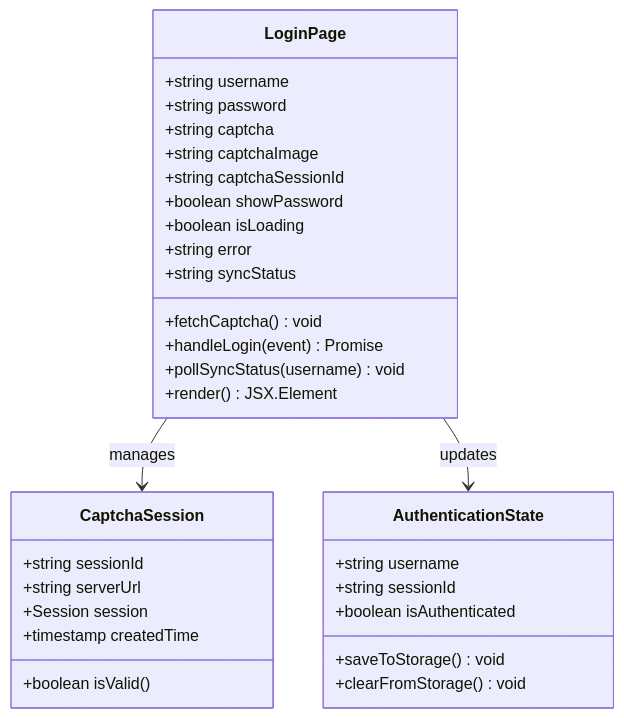
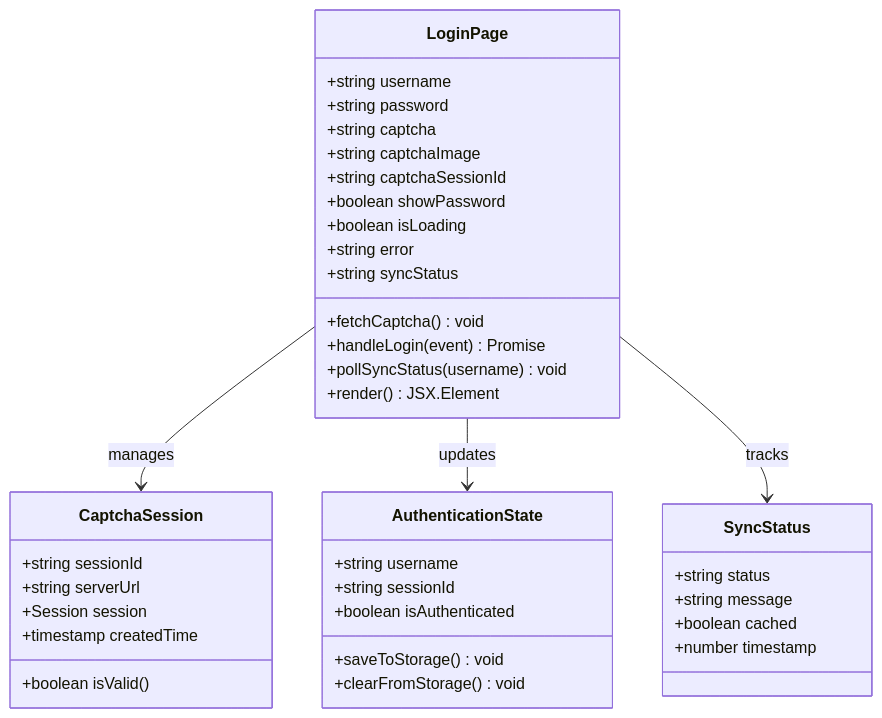
The third of 11 diagrams in .qoder/repowiki/zh/content/前端应用文档/登录页面与认证流程.md (ghbbn053-ship-itsoulddog/soulddog), drawn with Mermaid before and after one commit. The commit also changed other lines of this file and 8 other files, not shown here.

````diff
--- a/.qoder/repowiki/zh/content/前端应用文档/登录页面与认证流程.md
+++ b/.qoder/repowiki/zh/content/前端应用文档/登录页面与认证流程.md
@@ -167,34 +199,41 @@
 ```mermaid
 classDiagram
 class LoginPage {
 +string username
 +string password
 +string captcha
 +string captchaImage
 +string captchaSessionId
 +boolean showPassword
 +boolean isLoading
 +string error
 +string syncStatus
 +fetchCaptcha() void
 +handleLogin(event) Promise
 +pollSyncStatus(username) void
 +render() JSX.Element
 }
 class CaptchaSession {
 +string sessionId
 +string serverUrl
 +Session session
 +timestamp createdTime
 +boolean isValid()
 }
 class AuthenticationState {
 +string username
 +string sessionId
 +boolean isAuthenticated
 +saveToStorage() void
 +clearFromStorage() void
 }
+class SyncStatus {
++string status
++string message
++boolean cached
++number timestamp
+}
 LoginPage --> CaptchaSession : manages
 LoginPage --> AuthenticationState : updates
+LoginPage --> SyncStatus : tracks
 ```
````
